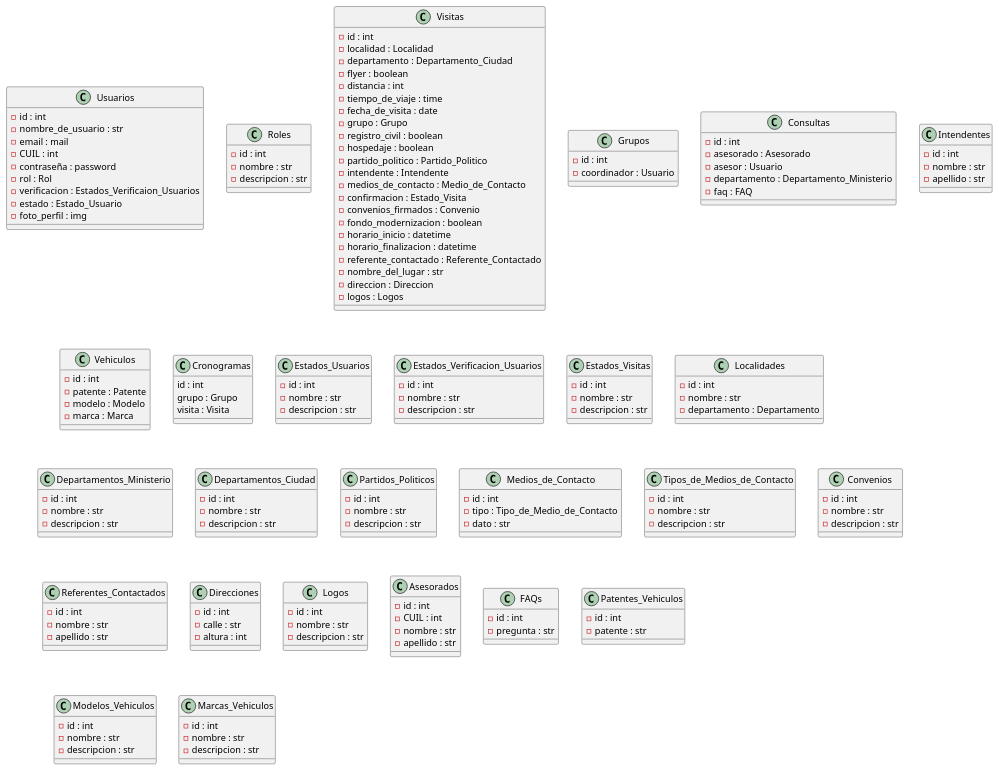
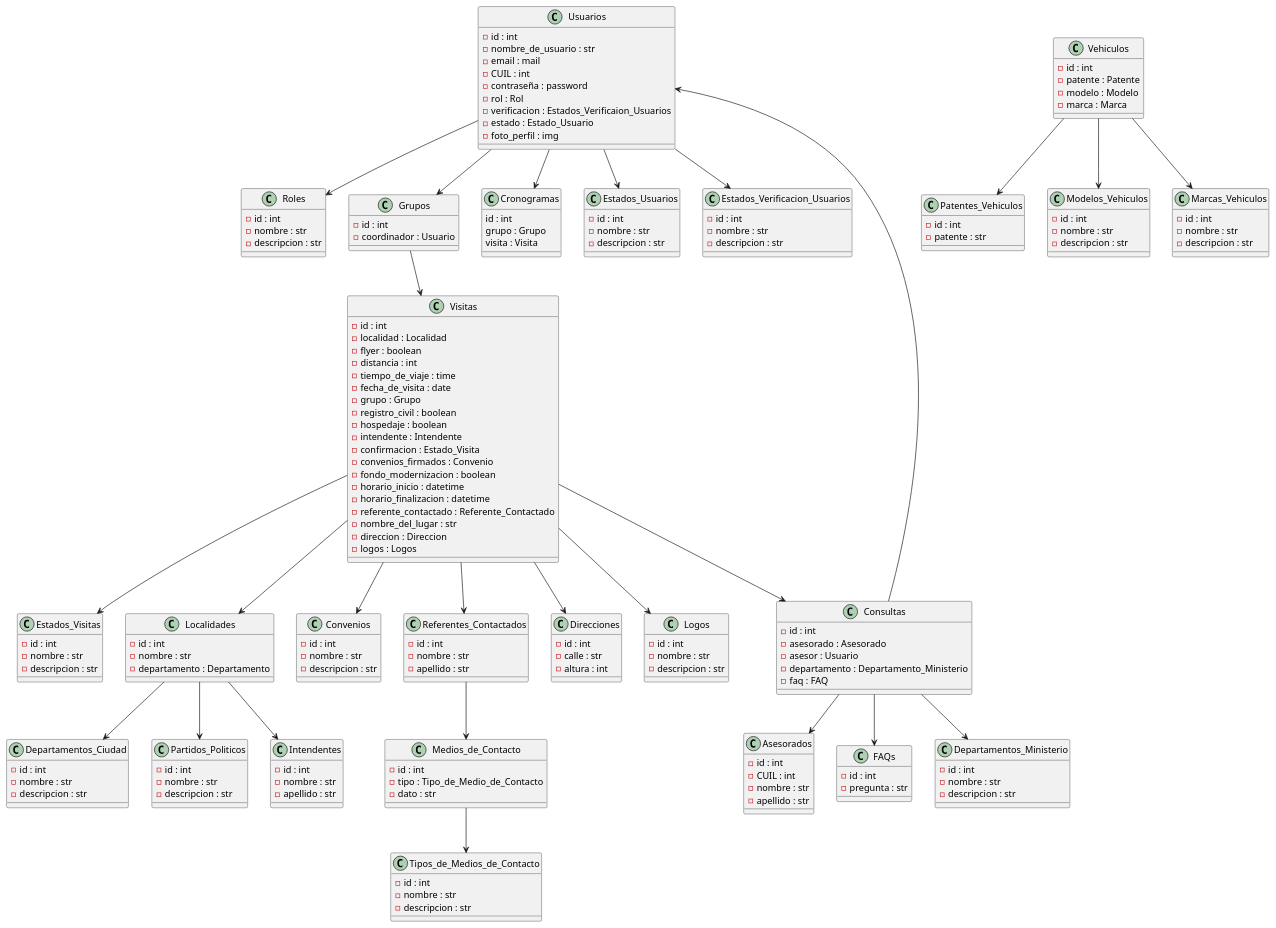
Before and after one commit to MateMar04/financiation: the diagram in Database_Source/diagram.wsd, drawn with PlantUML.

Commit message:
Relations between tables

```diff
--- a/Database_Source/diagram.wsd
+++ b/Database_Source/diagram.wsd
@@ -21,7 +21,6 @@
 class Visitas {
     -id : int
     -localidad : Localidad
-    -departamento : Departamento_Ciudad
     -flyer : boolean
     -distancia : int
     -tiempo_de_viaje : time
@@ -29,9 +28,7 @@
     -grupo : Grupo
     -registro_civil : boolean
     -hospedaje : boolean
-    -partido_politico : Partido_Politico
     -intendente : Intendente
-    -medios_de_contacto : Medio_de_Contacto
     -confirmacion : Estado_Visita
     -convenios_firmados : Convenio
     -fondo_modernizacion : boolean
@@ -182,4 +179,31 @@
     -descripcion : str
 }
 
+
+Usuarios --> Roles
+Usuarios --> Grupos
+Usuarios --> Estados_Usuarios
+Usuarios --> Estados_Verificacion_Usuarios
+Usuarios --> Cronogramas
+Grupos --> Visitas
+Visitas --> Consultas
+Visitas --> Localidades
+Visitas --> Estados_Visitas
+Visitas --> Referentes_Contactados
+Visitas --> Convenios
+Visitas --> Direcciones
+Visitas --> Logos
+Localidades --> Departamentos_Ciudad
+Localidades --> Partidos_Politicos
+Localidades --> Intendentes
+Consultas --> FAQs
+Consultas --> Usuarios
+Consultas --> Asesorados
+Consultas --> Departamentos_Ministerio
+Referentes_Contactados --> Medios_de_Contacto
+Medios_de_Contacto --> Tipos_de_Medios_de_Contacto
+Vehiculos --> Patentes_Vehiculos
+Vehiculos --> Modelos_Vehiculos
+Vehiculos --> Marcas_Vehiculos
+
 @enduml
```
